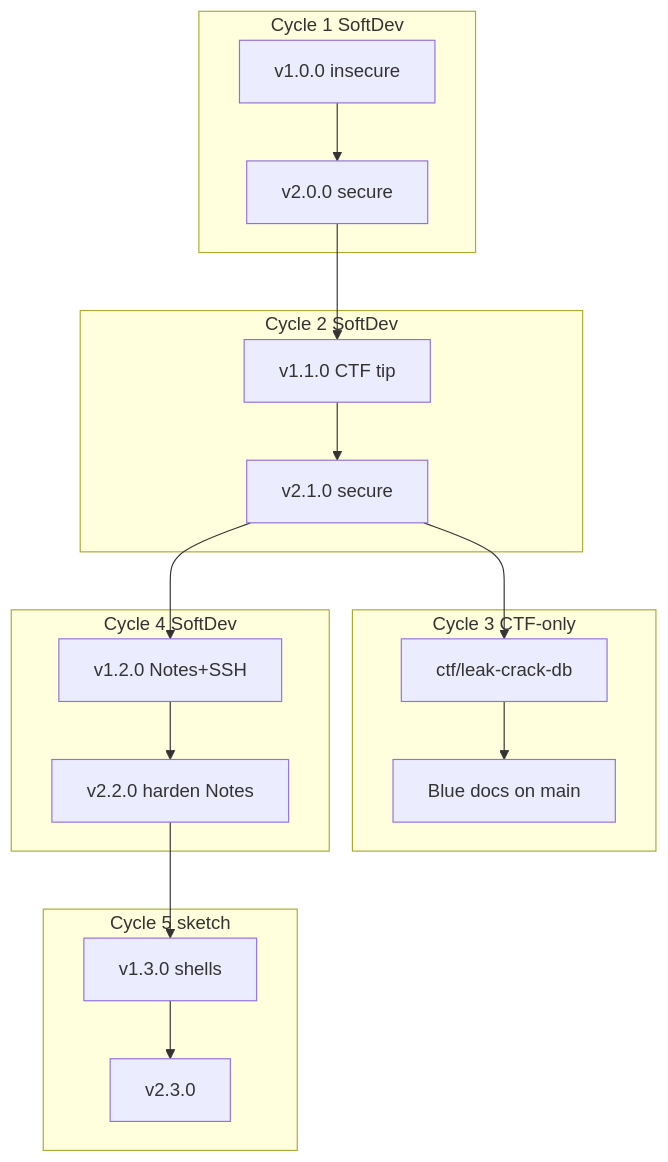
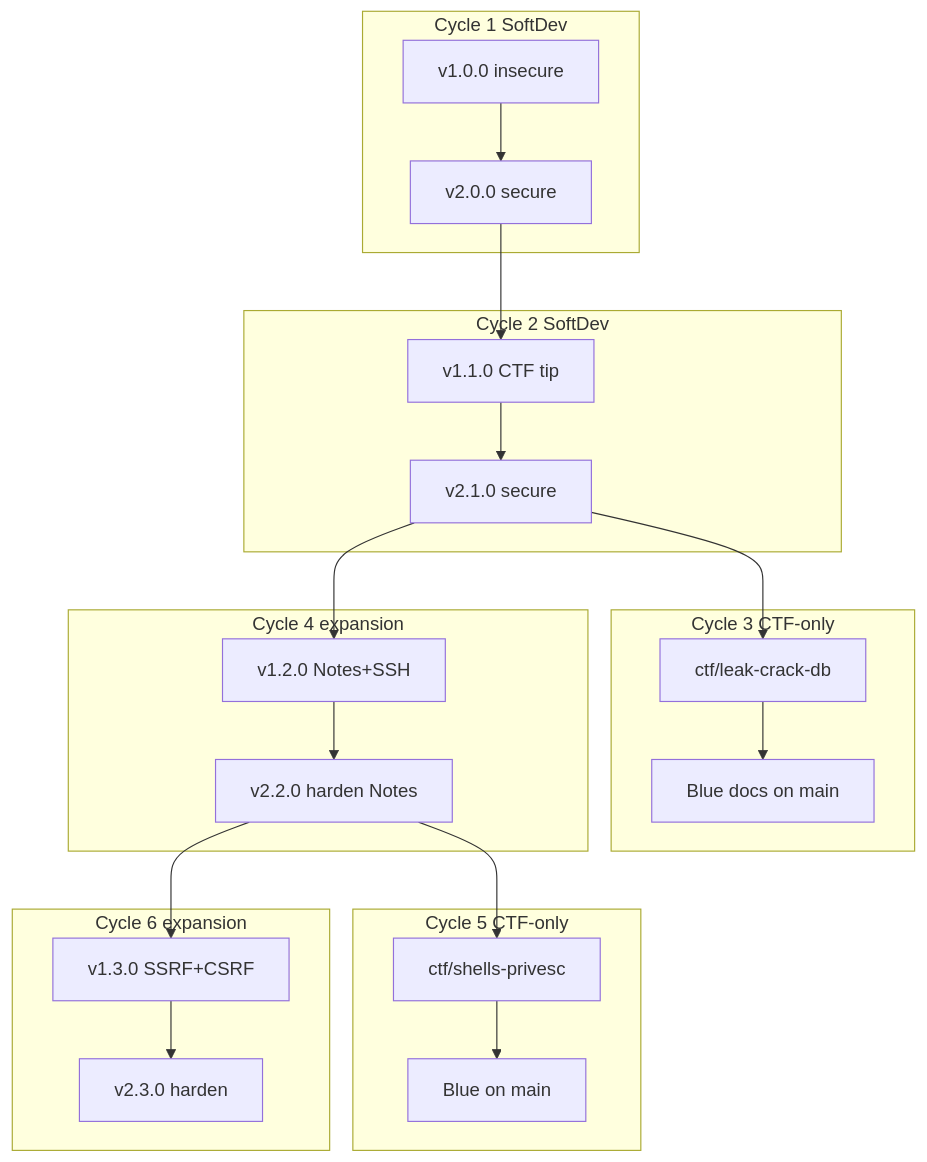
The second of 2 diagrams in docs/diagrams/version-timeline.md (KLJr-Dev/KC-Project), drawn with Mermaid before and after one commit. The commit also changed other lines of this file and 21 other files, not shown here.

First line of the commit message:
docs(cycle-6): P0 product-expansion design on docs/cycle-6-p0

````diff
--- a/docs/diagrams/version-timeline.md
+++ b/docs/diagrams/version-timeline.md
@@ -90,27 +90,32 @@
 ```mermaid
 flowchart TD
   subgraph c1 [Cycle 1 SoftDev]
     v100[v1.0.0 insecure]
     v200[v2.0.0 secure]
   end
   subgraph c2 [Cycle 2 SoftDev]
     v110[v1.1.0 CTF tip]
     v210[v2.1.0 secure]
   end
   subgraph c3 [Cycle 3 CTF-only]
     ctf3[ctf/leak-crack-db]
     blue3[Blue docs on main]
   end
-  subgraph c4 [Cycle 4 SoftDev]
+  subgraph c4 [Cycle 4 expansion]
     v120[v1.2.0 Notes+SSH]
     v220[v2.2.0 harden Notes]
   end
-  subgraph c5 [Cycle 5 sketch]
-    v130[v1.3.0 shells]
-    v230[v2.3.0]
+  subgraph c5 [Cycle 5 CTF-only]
+    ctf5[ctf/shells-privesc]
+    blue5[Blue on main]
+  end
+  subgraph c6 [Cycle 6 expansion]
+    v130[v1.3.0 SSRF+CSRF]
+    v230[v2.3.0 harden]
   end
 
   v100 --> v200 --> v110 --> v210
   v210 --> ctf3 --> blue3
-  v210 --> v120 --> v220 --> v130 --> v230
+  v210 --> v120 --> v220 --> ctf5 --> blue5
+  v220 --> v130 --> v230
 ```
````
